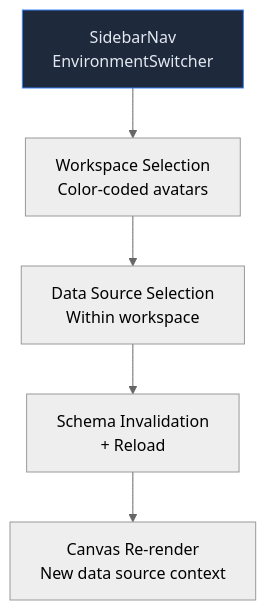
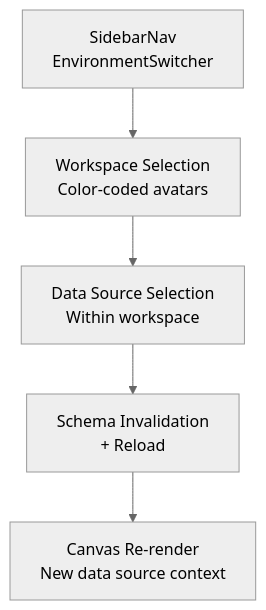
Before and after one commit to rkrumins/dataviz: the third of 11 diagrams in docs/FRONTEND.md, drawn with Mermaid (neutral theme). The commit also changed other lines of this file and 46 other files, not shown here.

````diff
--- a/docs/FRONTEND.md
+++ b/docs/FRONTEND.md
@@ -134,15 +127,14 @@
 ```mermaid
 graph TB
     Sidebar["SidebarNav<br/>EnvironmentSwitcher"]
     WSSelect["Workspace Selection<br/>Color-coded avatars"]
     DSSelect["Data Source Selection<br/>Within workspace"]
     SchemaReload["Schema Invalidation<br/>+ Reload"]
     CanvasUpdate["Canvas Re-render<br/>New data source context"]
 
     Sidebar --> WSSelect
     WSSelect --> DSSelect
     DSSelect --> SchemaReload
     SchemaReload --> CanvasUpdate
 
-    style Sidebar fill:#1e293b,stroke:#3b82f6,color:#e2e8f0
 ```
````
